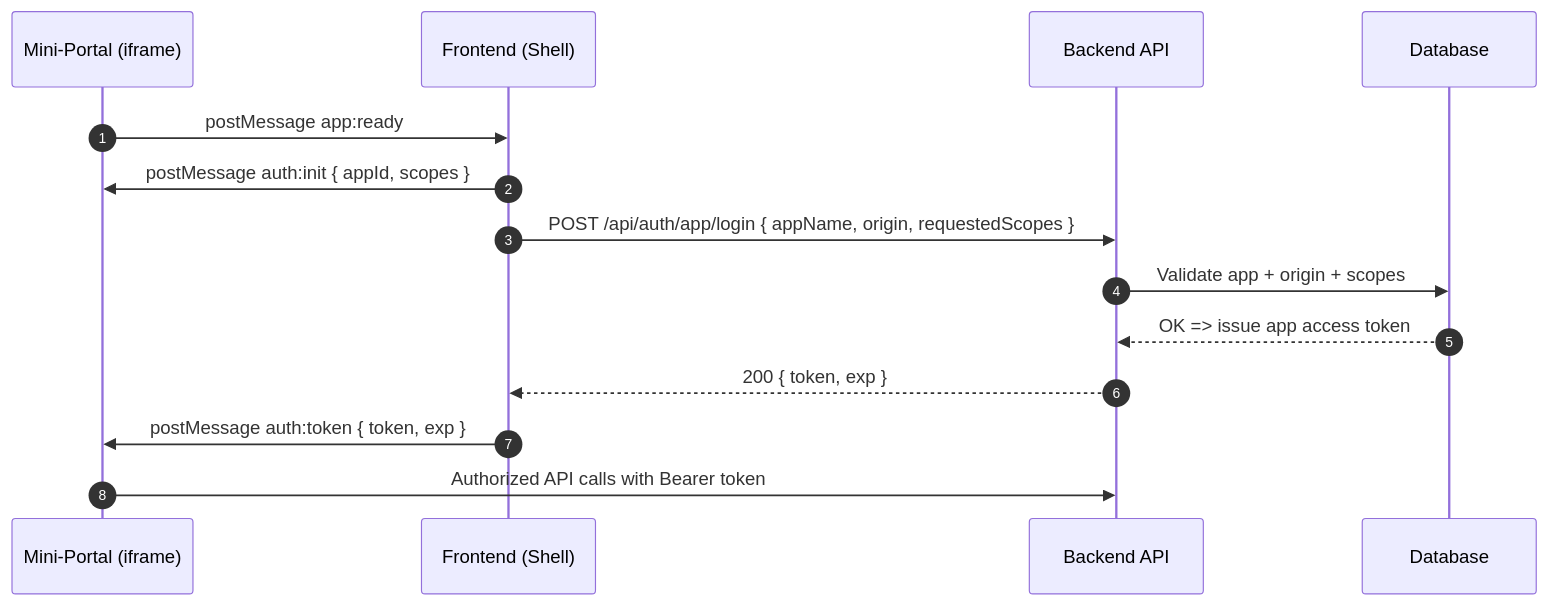
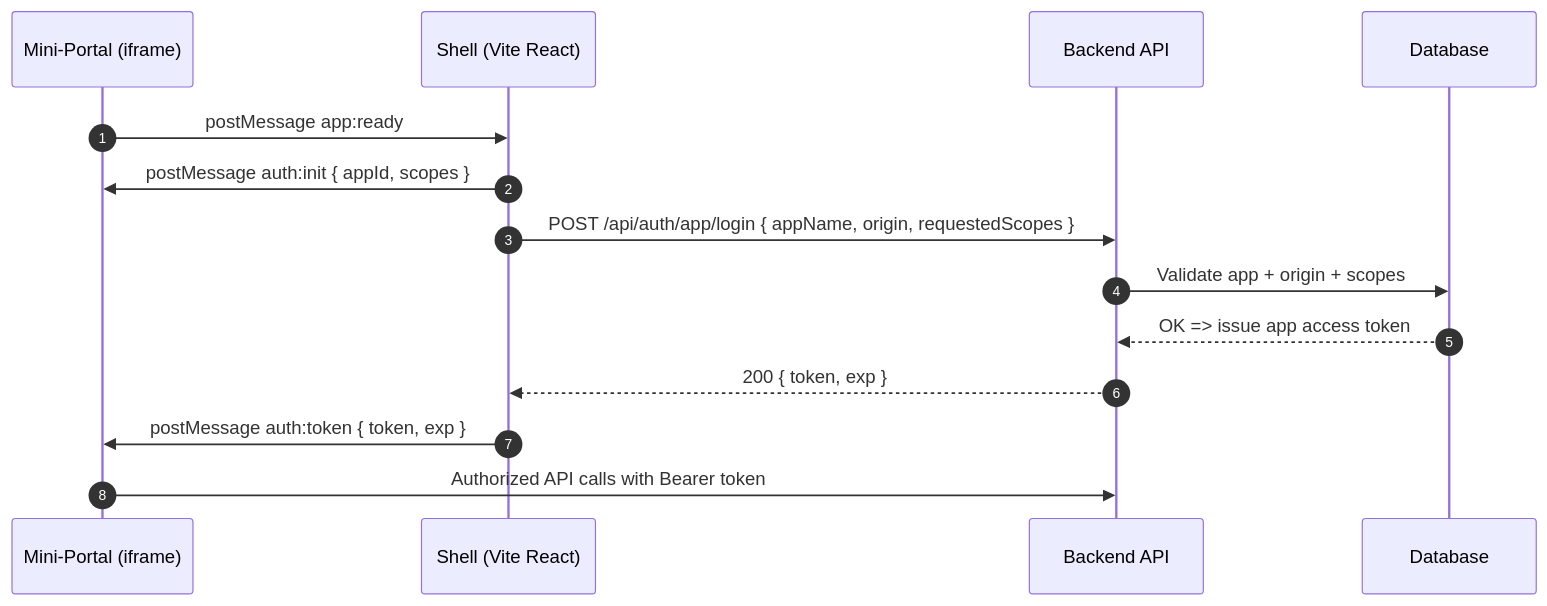
The third of 5 diagrams in docs/system-overview.md (TAdev07/super-admin-portal-demo), drawn with Mermaid before and after one commit. The commit also changed other lines of this file and 44 other files, not shown here.

````diff
--- a/docs/system-overview.md
+++ b/docs/system-overview.md
@@ -46,17 +46,17 @@
 ```mermaid
 sequenceDiagram
   autonumber
   participant Mini as Mini-Portal (iframe)
-  participant FE as Frontend (Shell)
+  participant FE as Shell (Vite React)
   participant API as Backend API
   participant DB as Database
 
   Mini->>FE: postMessage app:ready
   FE->>Mini: postMessage auth:init { appId, scopes }
   FE->>API: POST /api/auth/app/login { appName, origin, requestedScopes }
   API->>DB: Validate app + origin + scopes
   DB-->>API: OK => issue app access token
   API-->>FE: 200 { token, exp }
   FE->>Mini: postMessage auth:token { token, exp }
   Mini->>API: Authorized API calls with Bearer token
 ```
````
